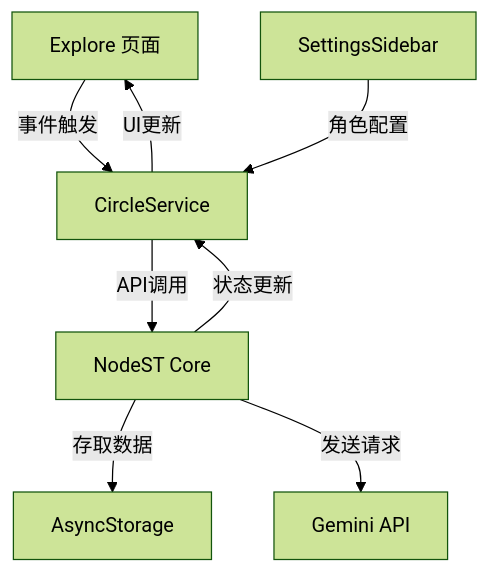
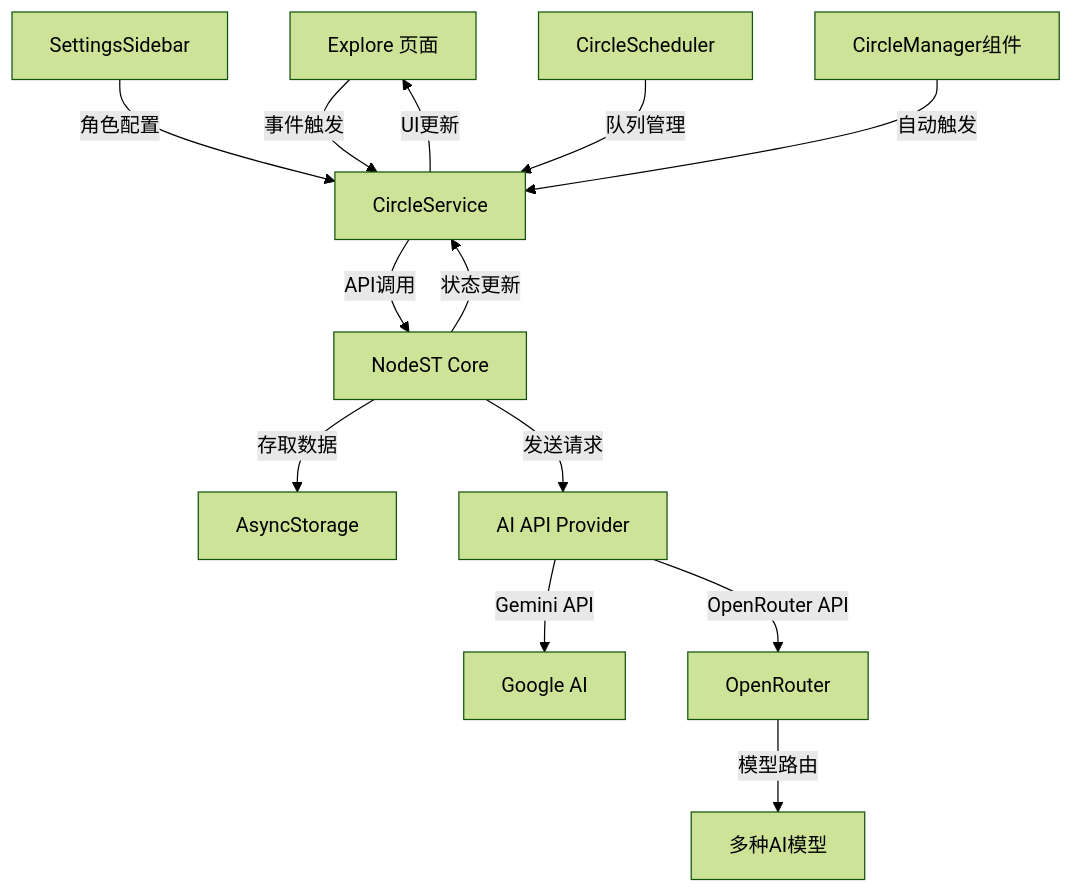
The diagram in docs/circle-interaction-system.md (wslkwwww/CradleAI), drawn with Mermaid (forest theme) before and after one commit. The commit also changed other lines of this file and 5 other files, not shown here.

````diff
--- a/docs/circle-interaction-system.md
+++ b/docs/circle-interaction-system.md
@@ -55,10 +57,15 @@
 ```mermaid
 graph TD
     A[Explore 页面] -->|事件触发| B[CircleService]
     F[SettingsSidebar] -->|角色配置| B
     B -->|API调用| C[NodeST Core]
     C -->|状态更新| B
     B -->|UI更新| A
     C -->|存取数据| D[AsyncStorage]
-    C -->|发送请求| E[Gemini API]
+    C -->|发送请求| E[AI API Provider]
+    E -->|Gemini API| G[Google AI]
+    E -->|OpenRouter API| H[OpenRouter]
+    H -->|模型路由| I[多种AI模型]
+    J[CircleScheduler] -->|队列管理| B
+    K[CircleManager组件] -->|自动触发| B
 ```
````
